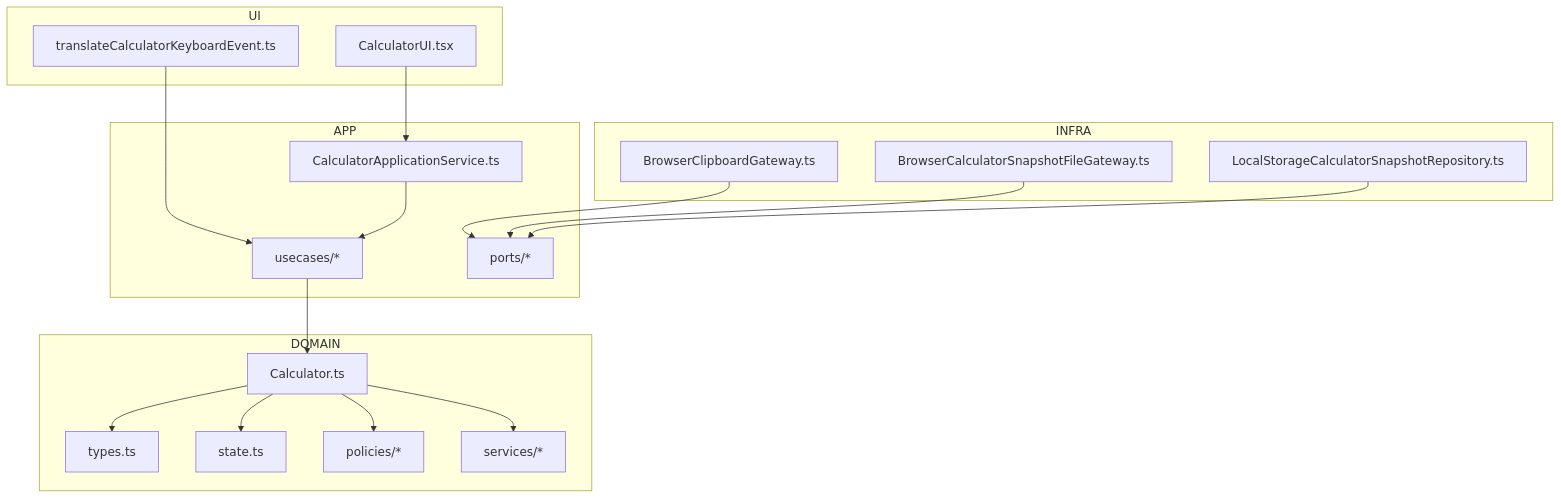
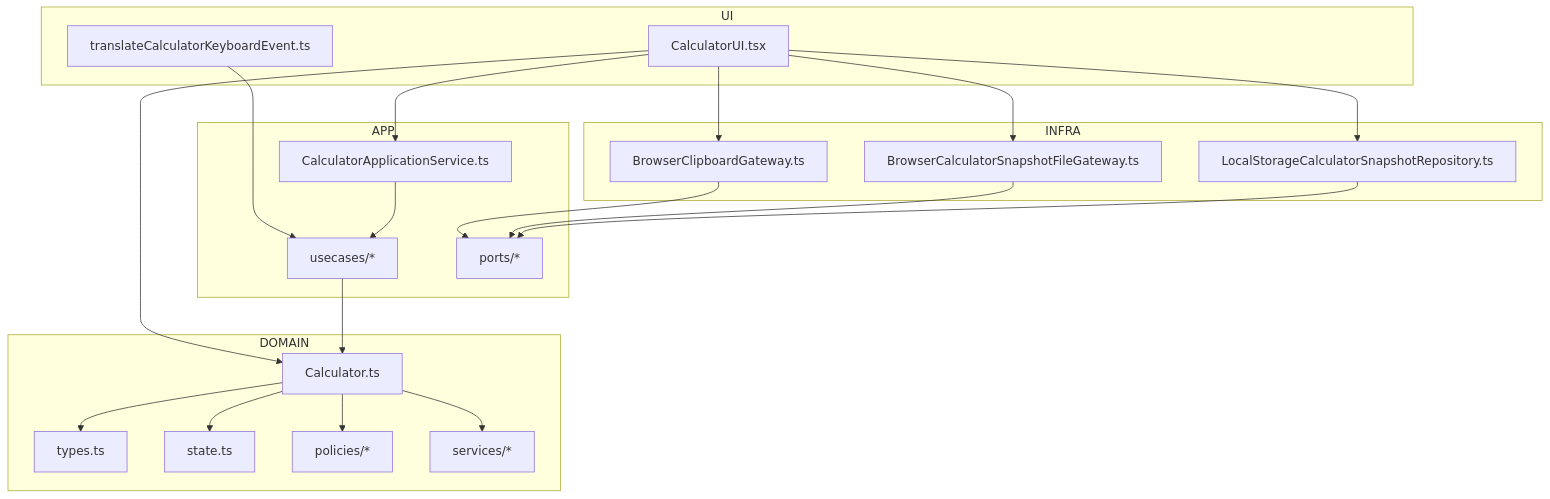
The eighth of 8 diagrams in docs/architecture-domain-blueprint.md (FelixNader/sumadora_2), drawn with Mermaid before and after one commit. The commit also changed other lines of this file and 14 other files, not shown here.

````diff
--- a/docs/architecture-domain-blueprint.md
+++ b/docs/architecture-domain-blueprint.md
@@ -476,39 +514,43 @@
 ```mermaid
 flowchart TB
     subgraph UI
         U1["CalculatorUI.tsx"]
         U2["translateCalculatorKeyboardEvent.ts"]
     end
 
     subgraph APP
         A1["CalculatorApplicationService.ts"]
         A2["usecases/*"]
         A3["ports/*"]
     end
 
     subgraph DOMAIN
         D1["Calculator.ts"]
         D2["types.ts"]
         D3["state.ts"]
         D4["policies/*"]
         D5["services/*"]
     end
 
     subgraph INFRA
         I1["BrowserClipboardGateway.ts"]
         I2["BrowserCalculatorSnapshotFileGateway.ts"]
         I3["LocalStorageCalculatorSnapshotRepository.ts"]
     end
 
     U1 --> A1
+    U1 --> D1
+    U1 --> I1
+    U1 --> I2
+    U1 --> I3
     U2 --> A2
     A1 --> A2
     A2 --> D1
     D1 --> D2
     D1 --> D3
     D1 --> D4
     D1 --> D5
     I1 --> A3
     I2 --> A3
     I3 --> A3
 ```
````
